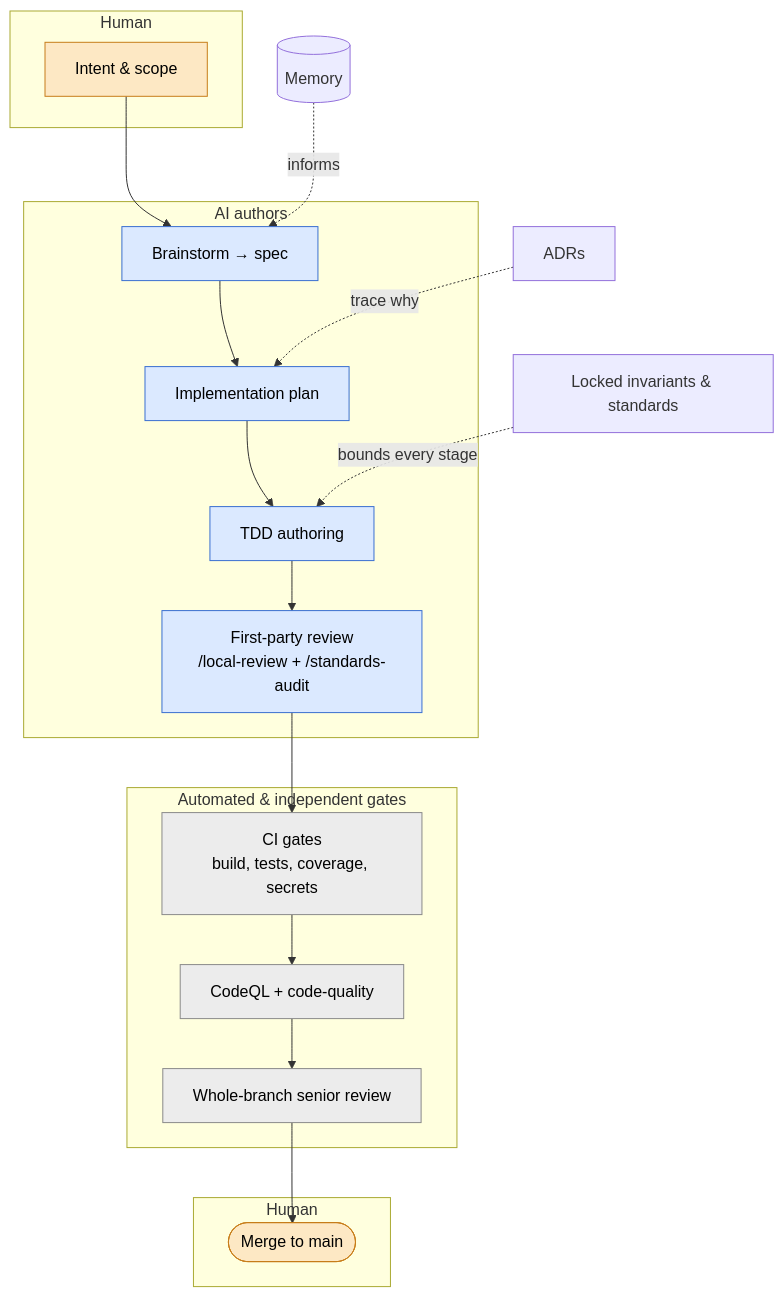
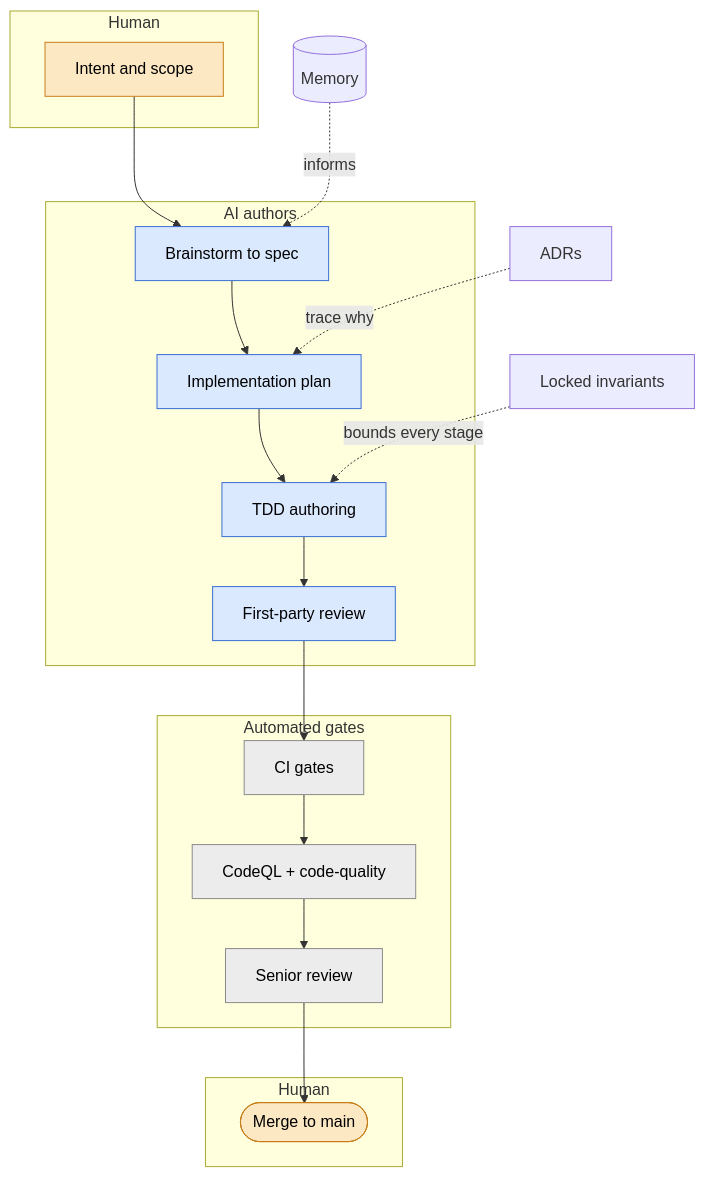
One commit to Early-Bird-Solutions-LLC/PinballWizard changed the diagram in docs/ai-development-model.md. Above: the diagram before and after it, drawn with Mermaid. The commit also changed 7 other files, not shown here.

First line of the commit message:
docs(diagrams) short single-line labels + drop &amp; to stop renderer truncation (#601)

````diff
--- a/docs/ai-development-model.md
+++ b/docs/ai-development-model.md
@@ -31,33 +31,33 @@
 ```mermaid
 flowchart TB
     subgraph H1 [Human]
-        Intent["Intent &amp; scope"]
+        Intent["Intent and scope"]
     end
     subgraph AI [AI authors]
-        Spec["Brainstorm → spec"]
+        Spec["Brainstorm to spec"]
         Plan["Implementation plan"]
         TDD["TDD authoring"]
-        Self["First-party review<br/>/local-review + /standards-audit"]
+        Self["First-party review"]
     end
-    subgraph GATES [Automated &amp; independent gates]
-        CI["CI gates<br/>build, tests, coverage, secrets"]
+    subgraph GATES [Automated gates]
+        CI["CI gates"]
         Bots["CodeQL + code-quality"]
-        Senior["Whole-branch senior review"]
+        Senior["Senior review"]
     end
     subgraph H2 [Human]
         Merge(["Merge to main"])
     end
 
     Intent --> Spec --> Plan --> TDD --> Self --> CI --> Bots --> Senior --> Merge
 
-    Inv["Locked invariants &amp; standards"] -. bounds every stage .-> TDD
+    Inv["Locked invariants"] -. bounds every stage .-> TDD
     Mem[("Memory")] -. informs .-> Spec
     ADR["ADRs"] -. trace why .-> Plan
 
     classDef human fill:#fde8c4,stroke:#c77d1a,color:#000
     classDef ai fill:#dbe9ff,stroke:#3a6fd0,color:#000
     classDef gate fill:#ececec,stroke:#8a8a8a,color:#000
     class Intent,Merge human
     class Spec,Plan,TDD,Self ai
     class CI,Bots,Senior gate
 ```
````
